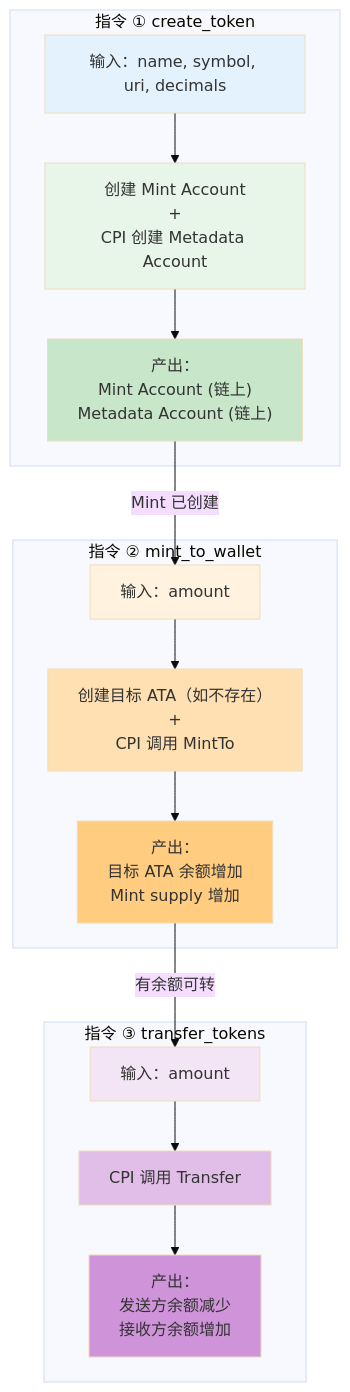
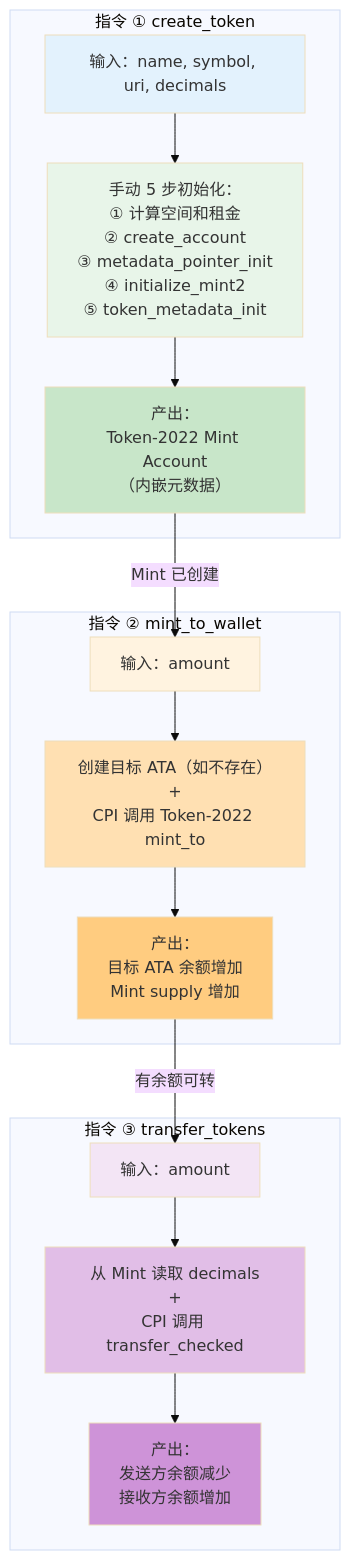
Before and after one commit to jiangsk1998/tangaga: the second of 6 diagrams in Day22学习指南—发行自己的SPL代币.md, drawn with Mermaid (base theme). The commit also changed other lines of this file and 7 other files, not shown here.

````diff
--- a/Day22学习指南—发行自己的SPL代币.md
+++ b/Day22学习指南—发行自己的SPL代币.md
@@ -342,30 +422,30 @@
 ```mermaid
 flowchart TD
     subgraph "指令 ① create_token"
-        CT_IN["输入：name, symbol, uri, decimals"] --> CT_DO["创建 Mint Account\n+\nCPI 创建 Metadata Account"]
-        CT_DO --> CT_OUT["产出：\nMint Account (链上)\nMetadata Account (链上)"]
+        CT_IN["输入：name, symbol, uri, decimals"] --> CT_DO["手动 5 步初始化：\n① 计算空间和租金\n② create_account\n③ metadata_pointer_init\n④ initialize_mint2\n⑤ token_metadata_init"]
+        CT_DO --> CT_OUT["产出：\nToken-2022 Mint Account\n（内嵌元数据）"]
     end
 
     subgraph "指令 ② mint_to_wallet"
-        MT_IN["输入：amount"] --> MT_DO["创建目标 ATA（如不存在）\n+\nCPI 调用 MintTo"]
+        MT_IN["输入：amount"] --> MT_DO["创建目标 ATA（如不存在）\n+\nCPI 调用 Token-2022 mint_to"]
         MT_DO --> MT_OUT["产出：\n目标 ATA 余额增加\nMint supply 增加"]
     end
 
     subgraph "指令 ③ transfer_tokens"
-        TT_IN["输入：amount"] --> TT_DO["CPI 调用 Transfer"]
+        TT_IN["输入：amount"] --> TT_DO["从 Mint 读取 decimals\n+\nCPI 调用 transfer_checked"]
         TT_DO --> TT_OUT["产出：\n发送方余额减少\n接收方余额增加"]
     end
 
     CT_OUT -->|"Mint 已创建"| MT_IN
     MT_OUT -->|"有余额可转"| TT_IN
 
     style CT_IN fill:#e3f2fd,color:#333
     style CT_DO fill:#e8f5e9,color:#333
     style CT_OUT fill:#c8e6c9,color:#333
     style MT_IN fill:#fff3e0,color:#333
     style MT_DO fill:#ffe0b2,color:#333
     style MT_OUT fill:#ffcc80,color:#333
     style TT_IN fill:#f3e5f5,color:#333
     style TT_DO fill:#e1bee7,color:#333
     style TT_OUT fill:#ce93d8,color:#333
 ```
````
